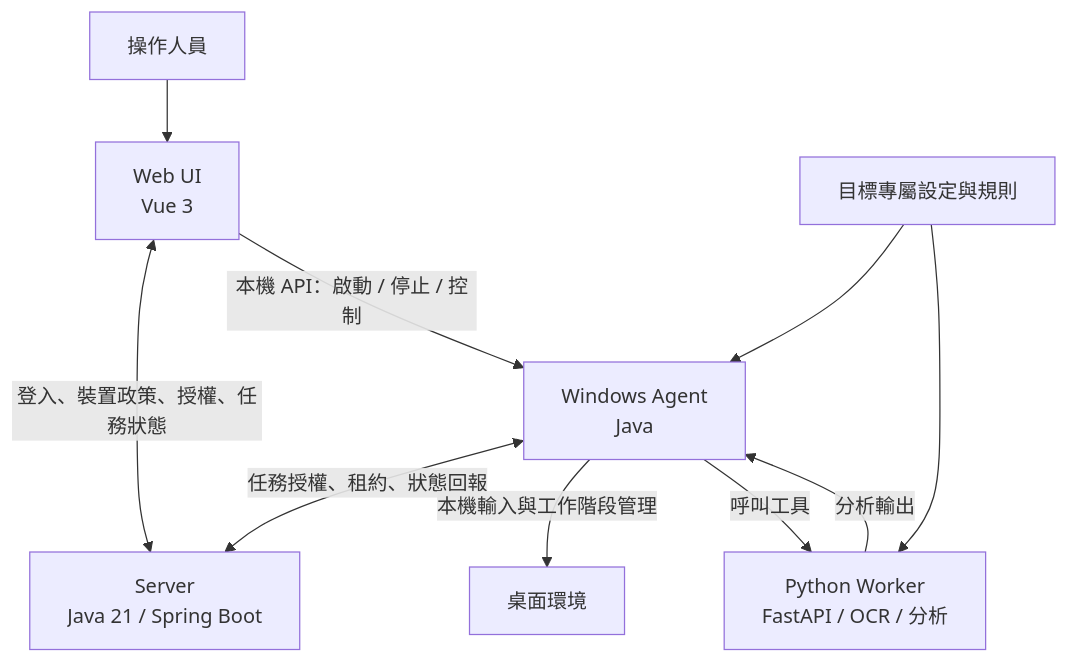
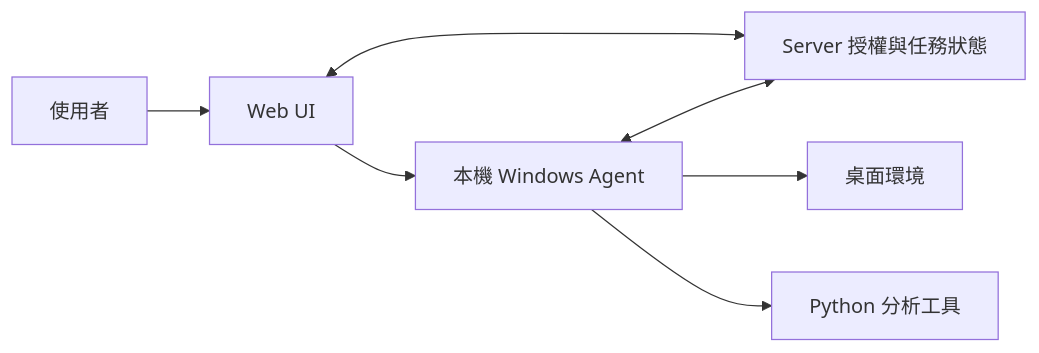
One commit to highhao/desktop-control-platform changed the diagram in docs/architecture.md. Above: the diagram before and after it, drawn with Mermaid. The commit also changed other lines of this file and 2 other files, not shown here.

Commit message:
Simplify portfolio diagrams and documentation

````diff
--- a/docs/architecture.md
+++ b/docs/architecture.md
@@ -15,12 +10,9 @@
 ```mermaid
-flowchart TB
-    User[操作人員] --> UI[Web UI<br/>Vue 3]
-    UI <-->|登入、裝置政策、授權、任務狀態| Server[Server<br/>Java 21 / Spring Boot]
-    UI -->|本機 API：啟動 / 停止 / 控制| Agent[Windows Agent<br/>Java]
-    Agent <-->|任務授權、租約、狀態回報| Server
-    Agent -->|本機輸入與工作階段管理| Desktop[桌面環境]
-    Agent -->|呼叫工具| Worker[Python Worker<br/>FastAPI / OCR / 分析]
-    Worker -->|分析輸出| Agent
-    Target[目標專屬設定與規則] --> Agent
-    Target --> Worker
+flowchart LR
+    User[使用者] --> UI[Web UI]
+    UI <--> Server[Server 授權與任務狀態]
+    UI --> Agent[本機 Windows Agent]
+    Agent <--> Server
+    Agent --> Desktop[桌面環境]
+    Agent --> Worker[Python 分析工具]
 ```
````
